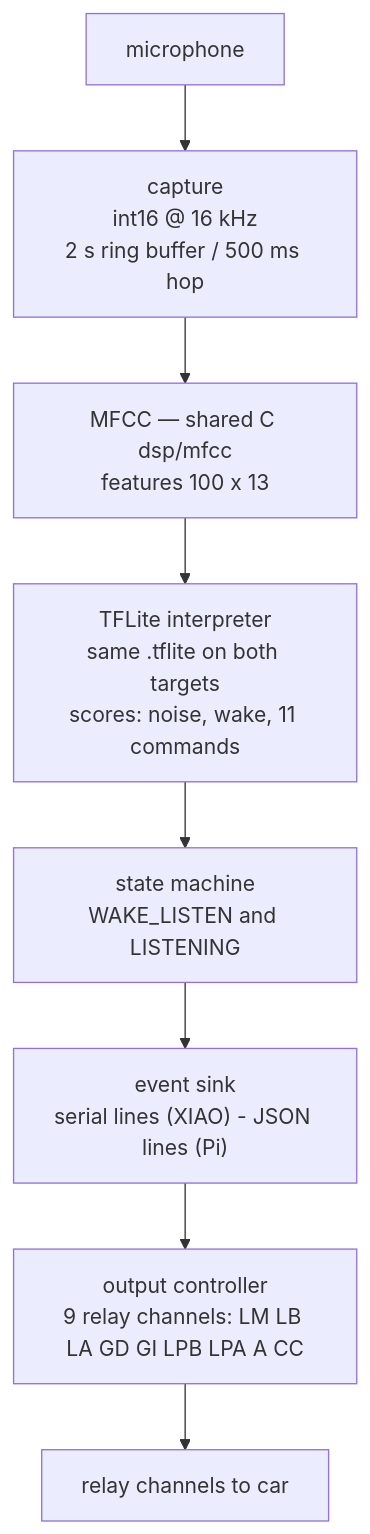
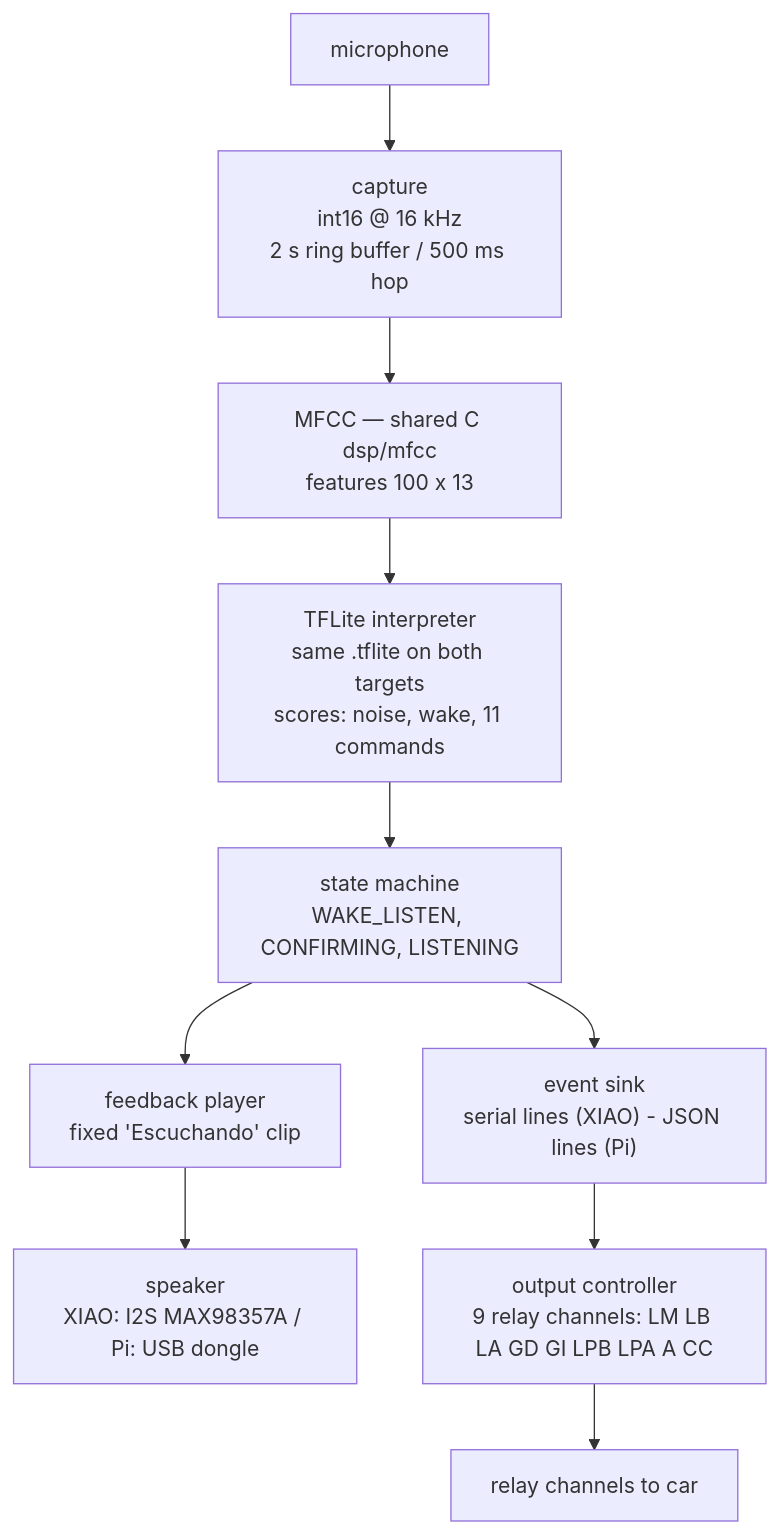
Before and after one commit to franzemil/ultron: the first of 2 diagrams in .ai/sdd/specs/001-ultron-car-manager/design.md, drawn with Mermaid. The commit also changed other lines of this file and 2 other files, not shown here.

First line of the commit message:
docs(spec): add audible wake confirmation ("Escuchando")

````diff
--- a/.ai/sdd/specs/001-ultron-car-manager/design.md
+++ b/.ai/sdd/specs/001-ultron-car-manager/design.md
@@ -38,10 +40,12 @@
 ```mermaid
 flowchart TB
     MIC["microphone"] --> CAP["capture<br/>int16 @ 16 kHz<br/>2 s ring buffer / 500 ms hop"]
     CAP --> DSP["MFCC — shared C dsp/mfcc<br/>features 100 x 13"]
     DSP --> TFL["TFLite interpreter<br/>same .tflite on both targets<br/>scores: noise, wake, 11 commands"]
-    TFL --> SM["state machine<br/>WAKE_LISTEN and LISTENING"]
+    TFL --> SM["state machine<br/>WAKE_LISTEN, CONFIRMING, LISTENING"]
     SM --> EVT["event sink<br/>serial lines (XIAO) - JSON lines (Pi)"]
+    SM --> FB["feedback player<br/>fixed 'Escuchando' clip"]
+    FB --> SPK["speaker<br/>XIAO: I2S MAX98357A / Pi: USB dongle"]
     EVT --> OC["output controller<br/>9 relay channels: LM LB LA GD GI LPB LPA A CC"]
     OC --> CAR["relay channels to car"]
 ```
````
